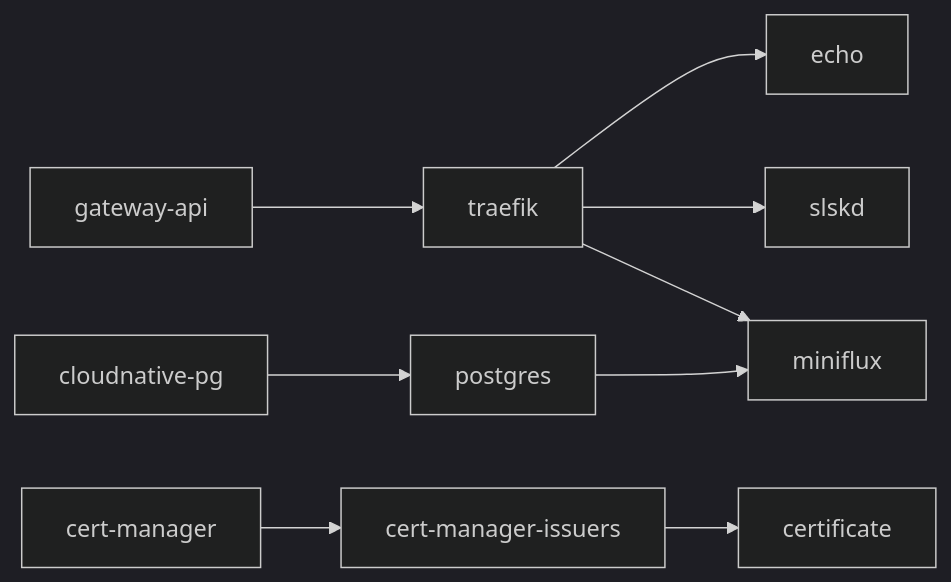
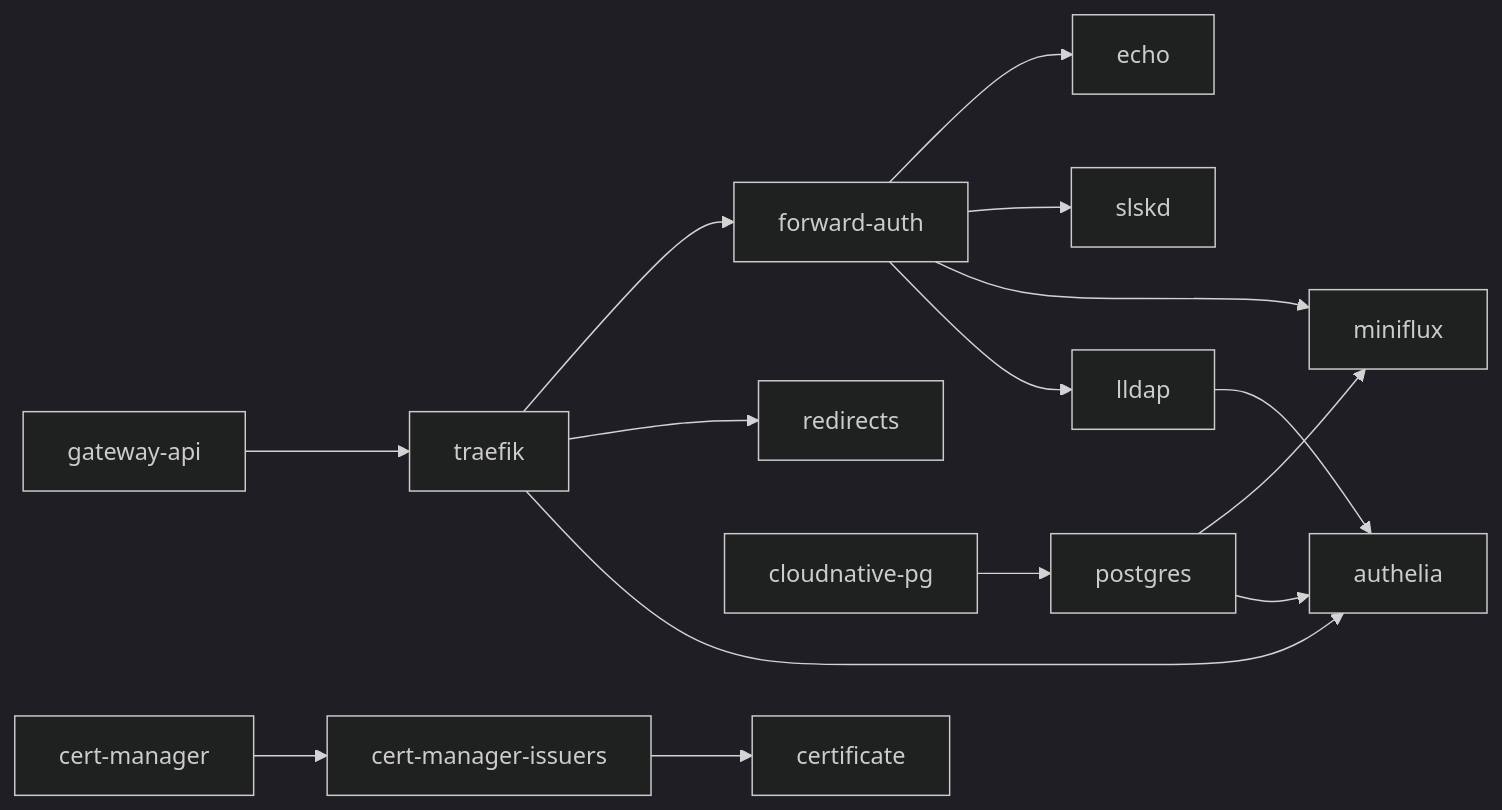
Before and after one commit to rafi/machines: the third of 5 diagrams in docs/architecture.md, drawn with Mermaid (dark theme). The commit also changed other lines of this file and 4 other files, not shown here.

````diff
--- a/docs/architecture.md
+++ b/docs/architecture.md
@@ -117,6 +117,9 @@
 ```mermaid
 flowchart LR
-  gw["gateway-api"] --> traefik --> echo & slskd & miniflux
-  cnpg["cloudnative-pg"] --> postgres --> miniflux
+  gw["gateway-api"] --> traefik --> fa["forward-auth"] --> echo & slskd & miniflux & lldap
+  traefik --> redirects
+  cnpg["cloudnative-pg"] --> postgres --> miniflux & authelia
+  lldap --> authelia
+  traefik --> authelia
   cm["cert-manager"] --> issuers["cert-manager-issuers"] --> certificate
 ```
````
